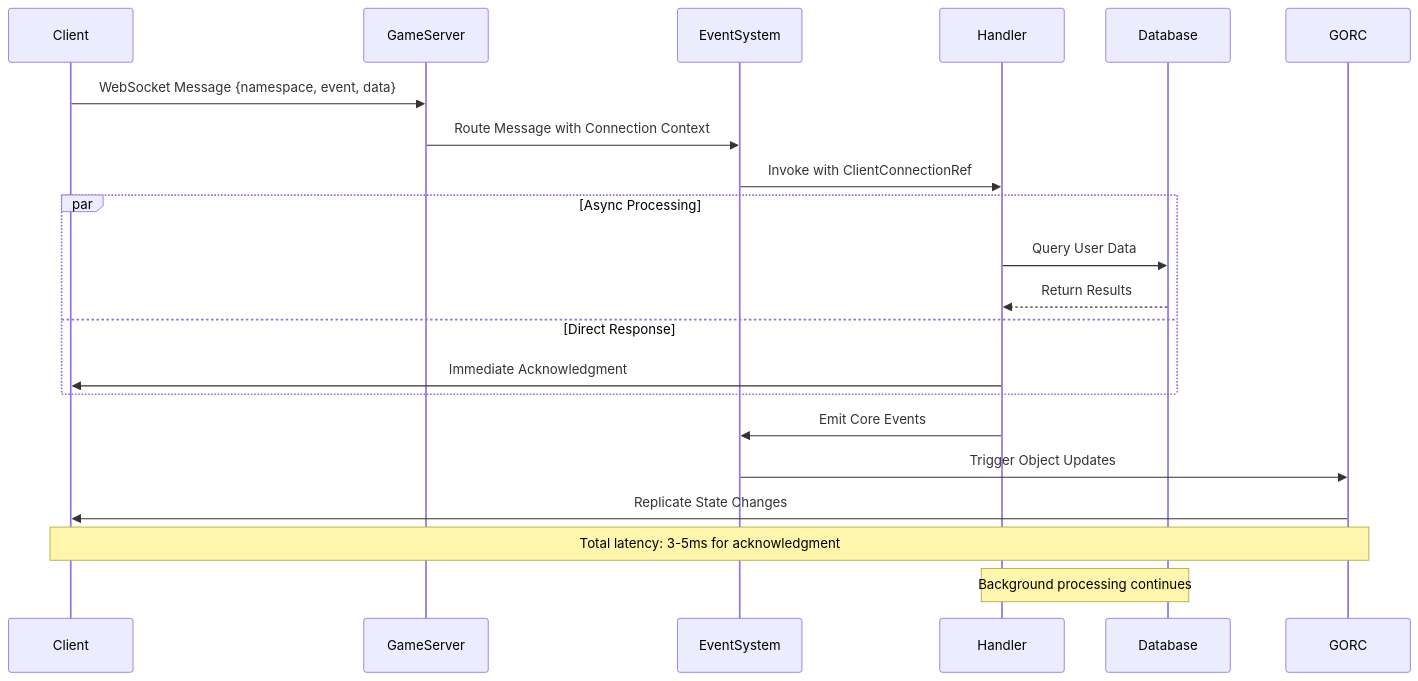
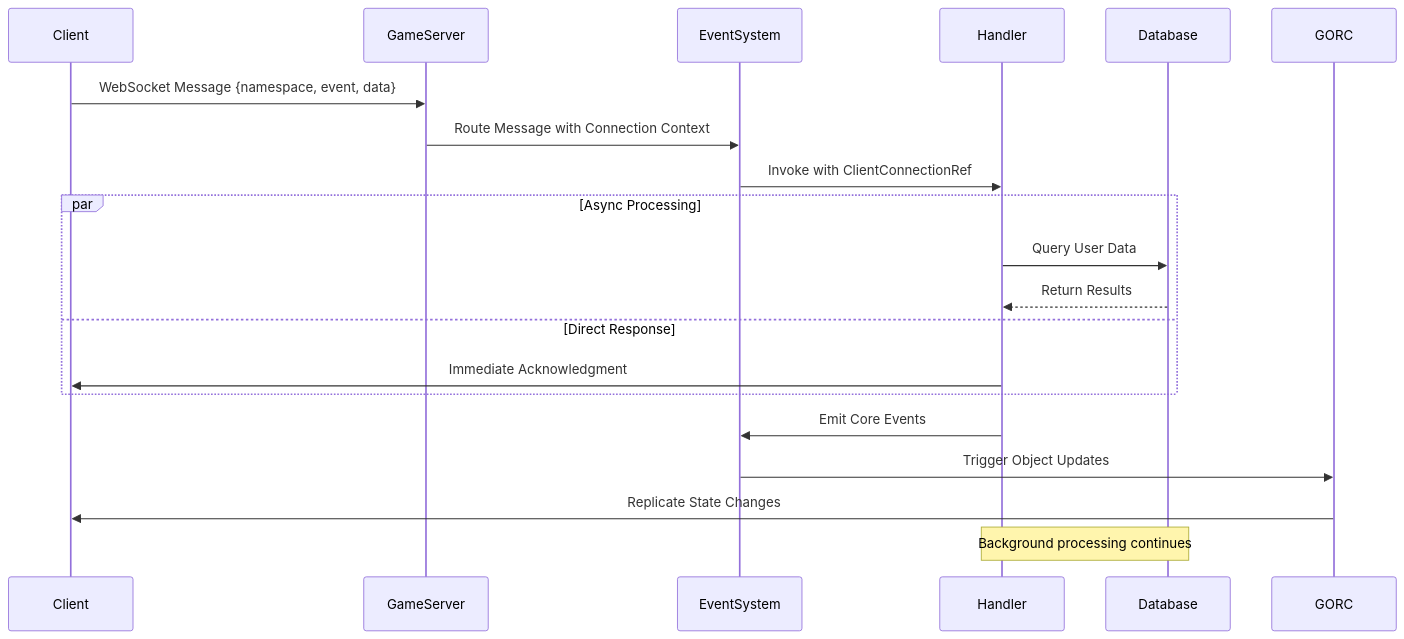
The second of 2 diagrams in public/blogs/advanced-events.md (Far-Beyond-Dev/blog), drawn with Mermaid before and after one commit. The commit also changed other lines of this file, not shown here.

````diff
--- a/public/blogs/advanced-events.md
+++ b/public/blogs/advanced-events.md
@@ -317,27 +317,26 @@
 ```mermaid
 sequenceDiagram
     participant Client
     participant GameServer
     participant EventSystem
     participant Handler
     participant Database
     participant GORC
     
     Client->>GameServer: WebSocket Message {namespace, event, data}
     GameServer->>EventSystem: Route Message with Connection Context
     EventSystem->>Handler: Invoke with ClientConnectionRef
     
     par Async Processing
         Handler->>Database: Query User Data
         Database-->>Handler: Return Results
     and Direct Response
         Handler->>Client: Immediate Acknowledgment
     end
     
     Handler->>EventSystem: Emit Core Events
     EventSystem->>GORC: Trigger Object Updates
     GORC->>Client: Replicate State Changes
     
-    Note over Client, GORC: Total latency: 3-5ms for acknowledgment
     Note over Handler, Database: Background processing continues
 ```
````
